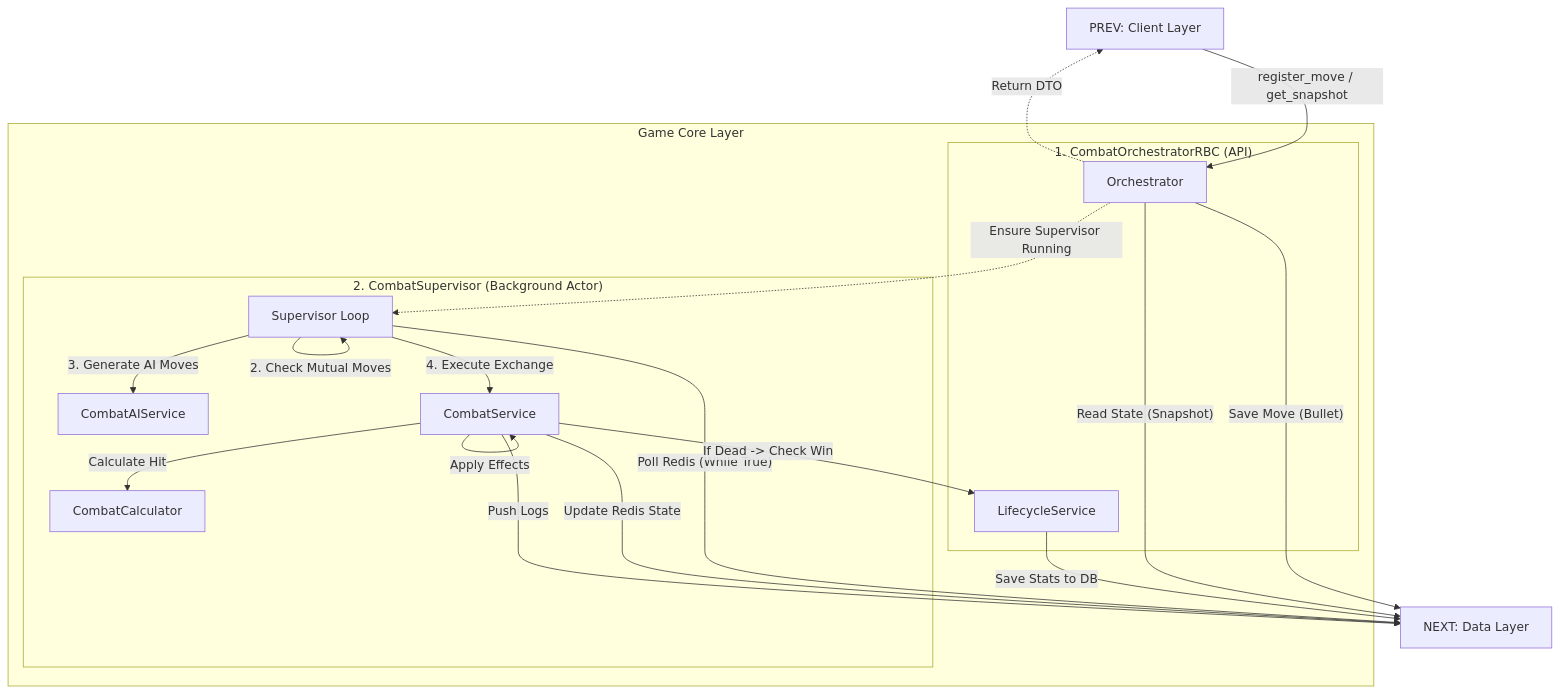
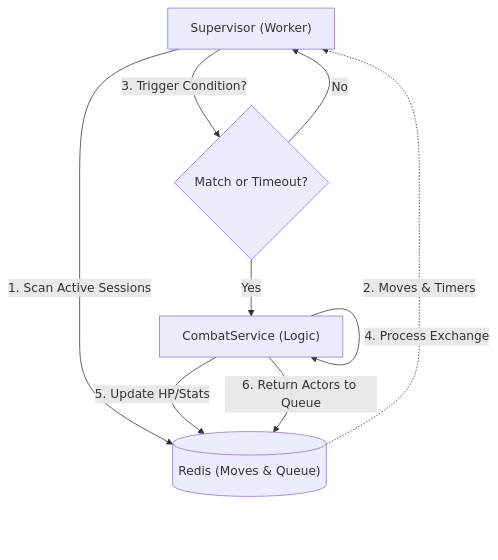
Before and after one commit to CodexDLC/telegram_bot_rpg: the third of 3 diagrams in docs/dis_docs/05_diagrams/02_Combat_Flow.md, drawn with Mermaid. The commit also changed other lines of this file and 37 other files, not shown here.

````diff
--- a/docs/dis_docs/05_diagrams/02_Combat_Flow.md
+++ b/docs/dis_docs/05_diagrams/02_Combat_Flow.md
@@ -80,51 +110,23 @@
 ```mermaid
 graph TD
-    Input["PREV: Client Layer"]
+    %% --- ACTORS ---
+    Supervisor["Supervisor (Worker)"]
+    Service["CombatService (Logic)"]
+    Redis[("Redis (Moves & Queue)")]
 
-    subgraph Core_Layer ["Game Core Layer"]
-        
-        %% Entity 1: API Interface
-        subgraph Orchestrator_Entity ["1. CombatOrchestratorRBC (API)"]
-            Orch["Orchestrator"]
-            Lifecycle["LifecycleService"]
-        end
-        
-        %% Entity 2: Background Engine
-        subgraph Supervisor_Entity ["2. CombatSupervisor (Background Actor)"]
-            Supervisor["Supervisor Loop"]
-            AI["CombatAIService"]
-            Service["CombatService"]
-            Calc["CombatCalculator"]
-        end
-    end
-
-    Output["NEXT: Data Layer"]
-
-    %% --- FLOW 1: Orchestrator (Read/Write) ---
-    Input -->|"register_move / get_snapshot"| Orch
+    %% --- LOOP ---
+    Supervisor -->|"1. Scan Active Sessions"| Redis
+    Redis -.->|"2. Moves & Timers"| Supervisor
     
-    Orch -->|"Save Move (Bullet)"| Output
-    Orch -->|"Read State (Snapshot)"| Output
-    Orch -.->|"Ensure Supervisor Running"| Supervisor
+    Supervisor -->|"3. Trigger Condition?"| Check{Match or Timeout?}
     
-    Orch -.->|"Return DTO"| Input
+    Check -->|"Yes"| Service
+    Check -->|"No"| Supervisor
     
-    %% --- FLOW 2: Supervisor (Processing) ---
-    Supervisor -->|"Poll Redis (While True)"| Output
+    %% --- CALCULATION ---
+    Service -->|"4. Process Exchange"| Service
+    Service -->|"5. Update HP/Stats"| Redis
     
-    %% Logic Details
-    Supervisor -->|"1. Check Timeouts"| Supervisor
-    Supervisor -->|"2. Check Mutual Moves"| Supervisor
-    Supervisor -->|"3. Generate AI Moves"| AI
-    
-    %% Execution
-    Supervisor -->|"4. Execute Exchange"| Service
-    Service -->|"Calculate Hit"| Calc
-    Service -->|"Apply Effects"| Service
-    Service -->|"Update Redis State"| Output
-    Service -->|"Push Logs"| Output
-    
-    %% Finish
-    Service -->|"If Dead -> Check Win"| Lifecycle
-    Lifecycle -->|"Save Stats to DB"| Output
+    %% --- ROTATION ---
+    Service -->|"6. Return Actors to Queue"| Redis
 ```
````
